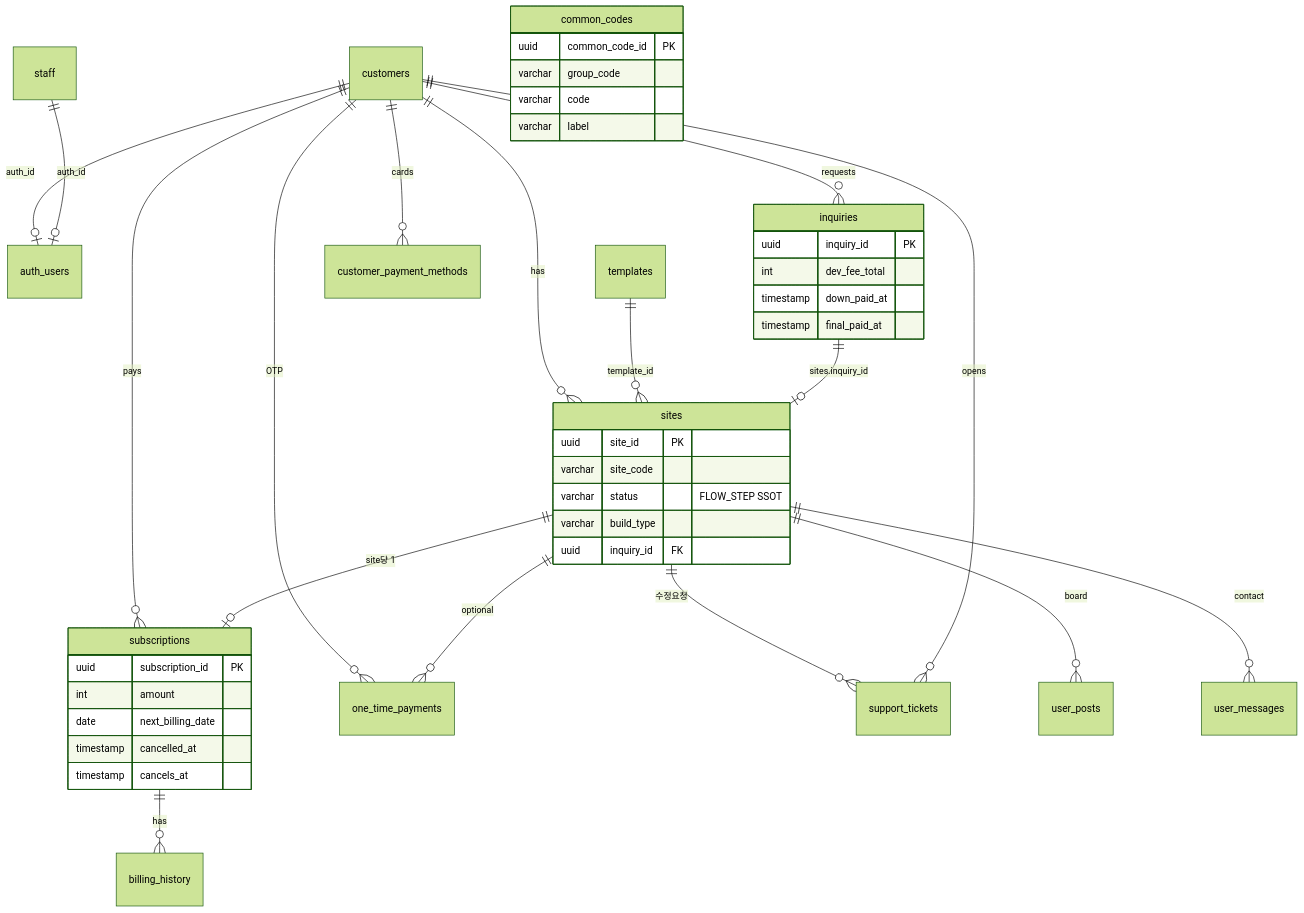
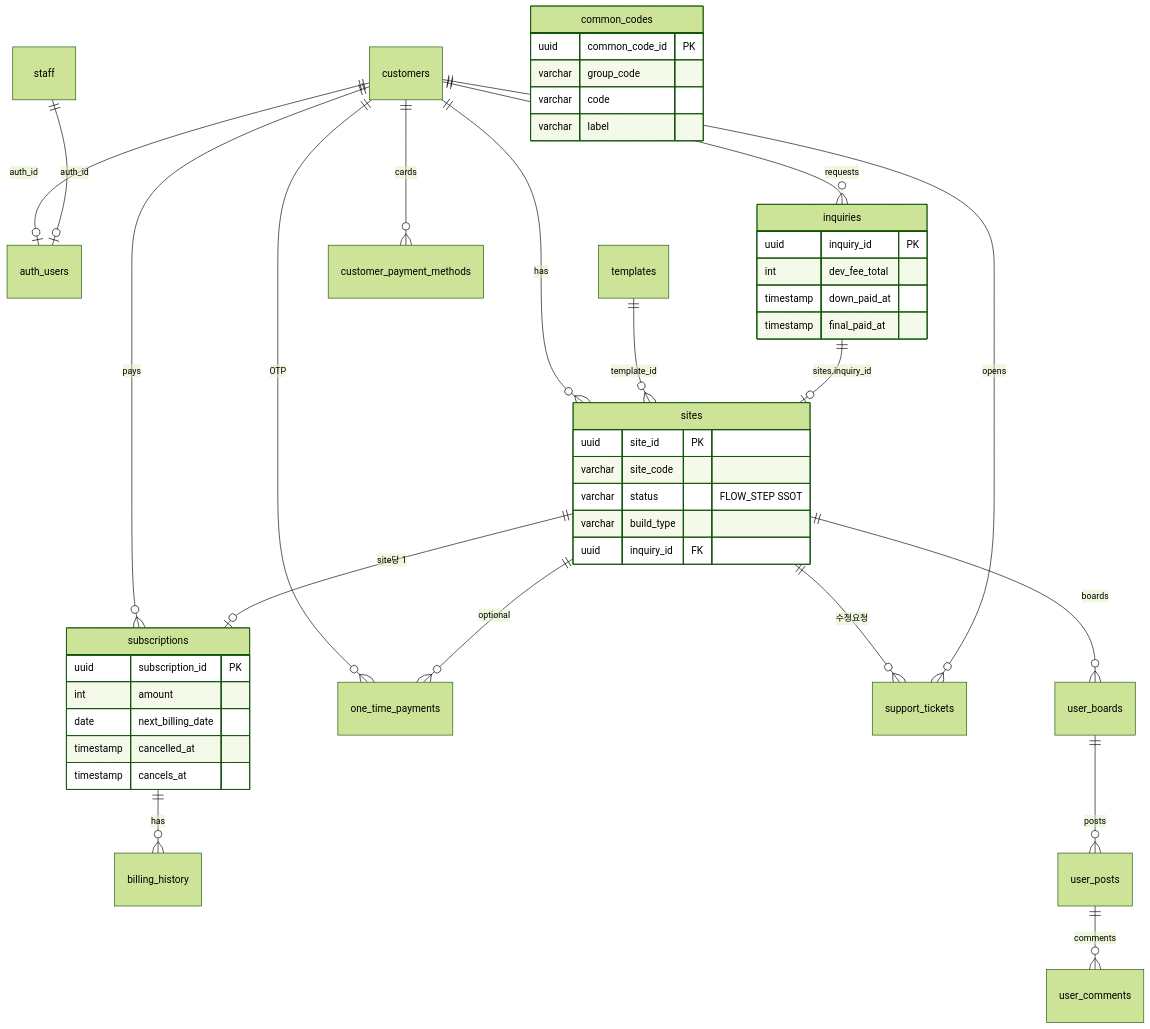
The diagram in my-platform/docs/db/ERD.md (oksusoo1/homepageDev), drawn with Mermaid (forest theme) before and after one commit. The commit also changed other lines of this file and 31 other files, not shown here.

````diff
--- a/my-platform/docs/db/ERD.md
+++ b/my-platform/docs/db/ERD.md
@@ -10,48 +10,49 @@
 ```mermaid
 erDiagram
   customers ||--o{ sites : has
   customers ||--o| auth_users : auth_id
   staff ||--o| auth_users : auth_id
   templates ||--o{ sites : template_id
   inquiries ||--o| sites : "sites.inquiry_id"
   customers ||--o{ inquiries : requests
   customers ||--o{ subscriptions : pays
   sites ||--o| subscriptions : "site당 1"
   subscriptions ||--o{ billing_history : has
   customers ||--o{ one_time_payments : OTP
   sites ||--o{ one_time_payments : optional
   customers ||--o{ customer_payment_methods : cards
   sites ||--o{ support_tickets : 수정요청
   customers ||--o{ support_tickets : opens
-  sites ||--o{ user_posts : board
-  sites ||--o{ user_messages : contact
+  sites ||--o{ user_boards : boards
+  user_boards ||--o{ user_posts : posts
+  user_posts ||--o{ user_comments : comments
   common_codes {
     uuid common_code_id PK
     varchar group_code
     varchar code
     varchar label
   }
 
   sites {
     uuid site_id PK
     varchar site_code
     varchar status "FLOW_STEP SSOT"
     varchar build_type
     uuid inquiry_id FK
   }
 
   inquiries {
     uuid inquiry_id PK
     int dev_fee_total
     timestamp down_paid_at
     timestamp final_paid_at
   }
 
   subscriptions {
     uuid subscription_id PK
     int amount
     date next_billing_date
     timestamp cancelled_at
     timestamp cancels_at
   }
 ```
````
